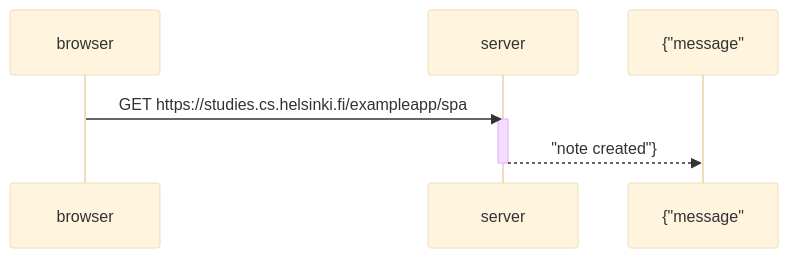
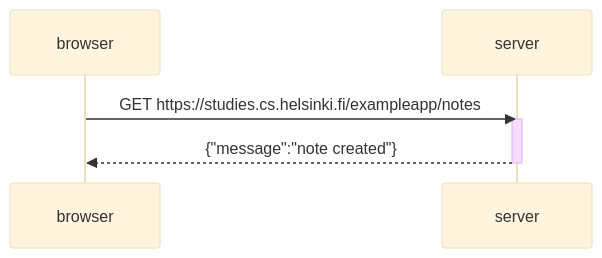
The diagram in part0/single-page06.md (DwighttSchrutee/my-fullstack-open-submissions), drawn with Mermaid (base theme) before and after one commit.

````diff
--- a/part0/single-page06.md
+++ b/part0/single-page06.md
@@ -1,10 +1,10 @@
 ```mermaid
 sequenceDiagram
 participant browser
 participant server
-browser->>server: GET https://studies.cs.helsinki.fi/exampleapp/spa
+
+    browser->>server: GET https://studies.cs.helsinki.fi/exampleapp/notes
     activate server
-server-->>{"message":"note created"}
-
+    server-->>browser: {"message":"note created"}
     deactivate server
 ```
````
